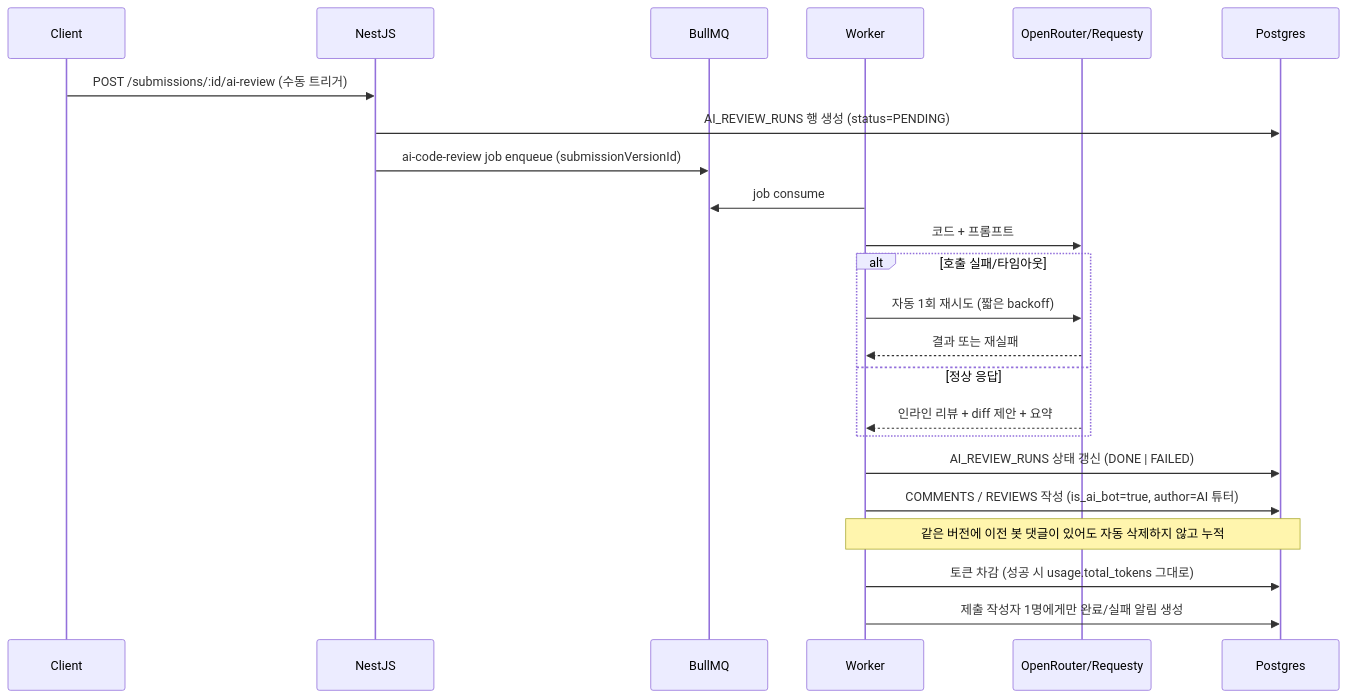
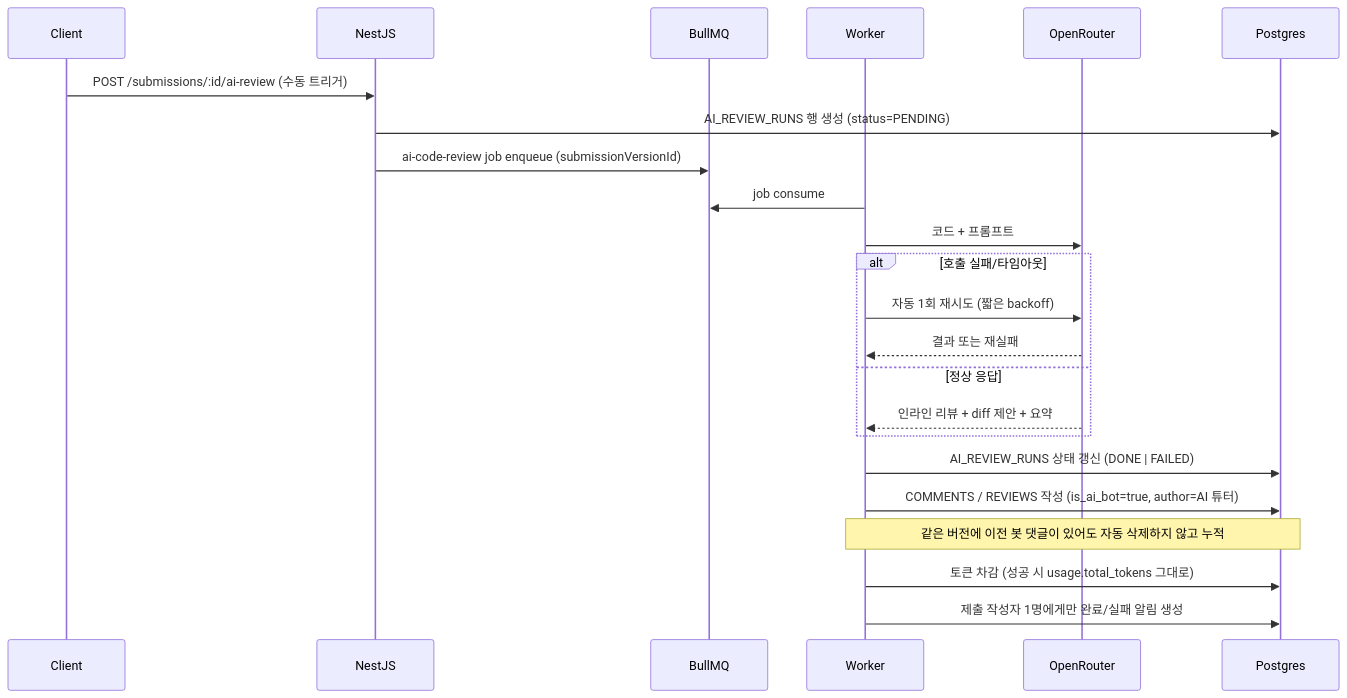
The fourth of 8 diagrams in design/architecture.md (seungjoonH/psstudio), drawn with Mermaid before and after one commit. The commit also changed other lines of this file, not shown here.

First line of the commit message:
docs: architecture.md에서 랜딩 한 줄만 반영하고 이전 오스테이징 복구

````diff
--- a/design/architecture.md
+++ b/design/architecture.md
@@ -180,26 +182,26 @@
 ```mermaid
 sequenceDiagram
     participant C as Client
     participant BE as NestJS
     participant Q as BullMQ
     participant WK as Worker
-    participant LLM as OpenRouter/Requesty
+    participant LLM as OpenRouter
     participant DB as Postgres
 
     C->>BE: POST /submissions/:id/ai-review (수동 트리거)
     BE->>DB: AI_REVIEW_RUNS 행 생성 (status=PENDING)
     BE->>Q: ai-code-review job enqueue (submissionVersionId)
     WK->>Q: job consume
     WK->>LLM: 코드 + 프롬프트
     alt 호출 실패/타임아웃
         WK->>LLM: 자동 1회 재시도 (짧은 backoff)
         LLM-->>WK: 결과 또는 재실패
     else 정상 응답
         LLM-->>WK: 인라인 리뷰 + diff 제안 + 요약
     end
     WK->>DB: AI_REVIEW_RUNS 상태 갱신 (DONE | FAILED)
     WK->>DB: COMMENTS / REVIEWS 작성 (is_ai_bot=true, author=AI 튜터)
     Note over WK,DB: 같은 버전에 이전 봇 댓글이 있어도 자동 삭제하지 않고 누적
     WK->>DB: 토큰 차감 (성공 시 usage.total_tokens 그대로)
     WK->>DB: 제출 작성자 1명에게만 완료/실패 알림 생성
 ```
````
